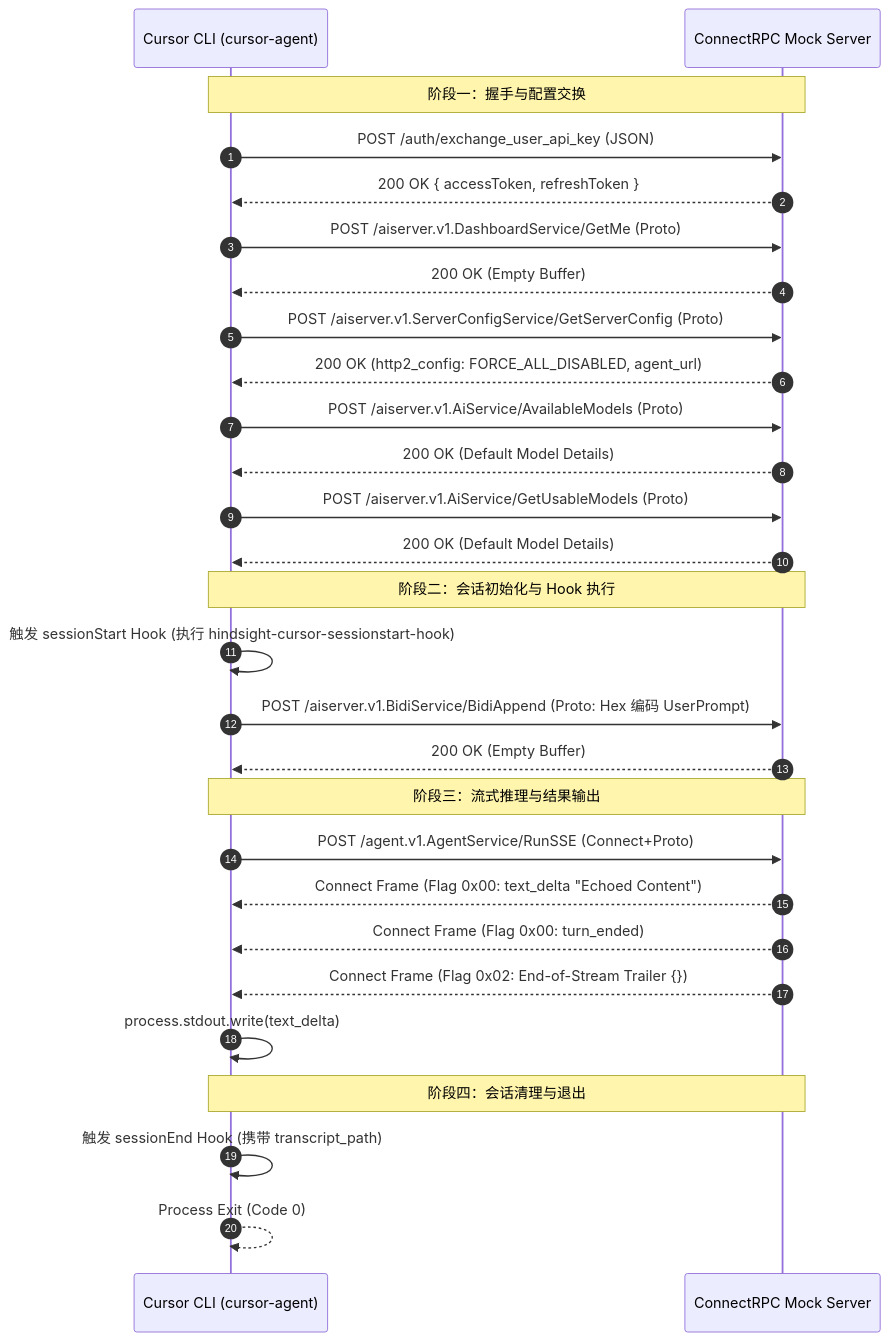
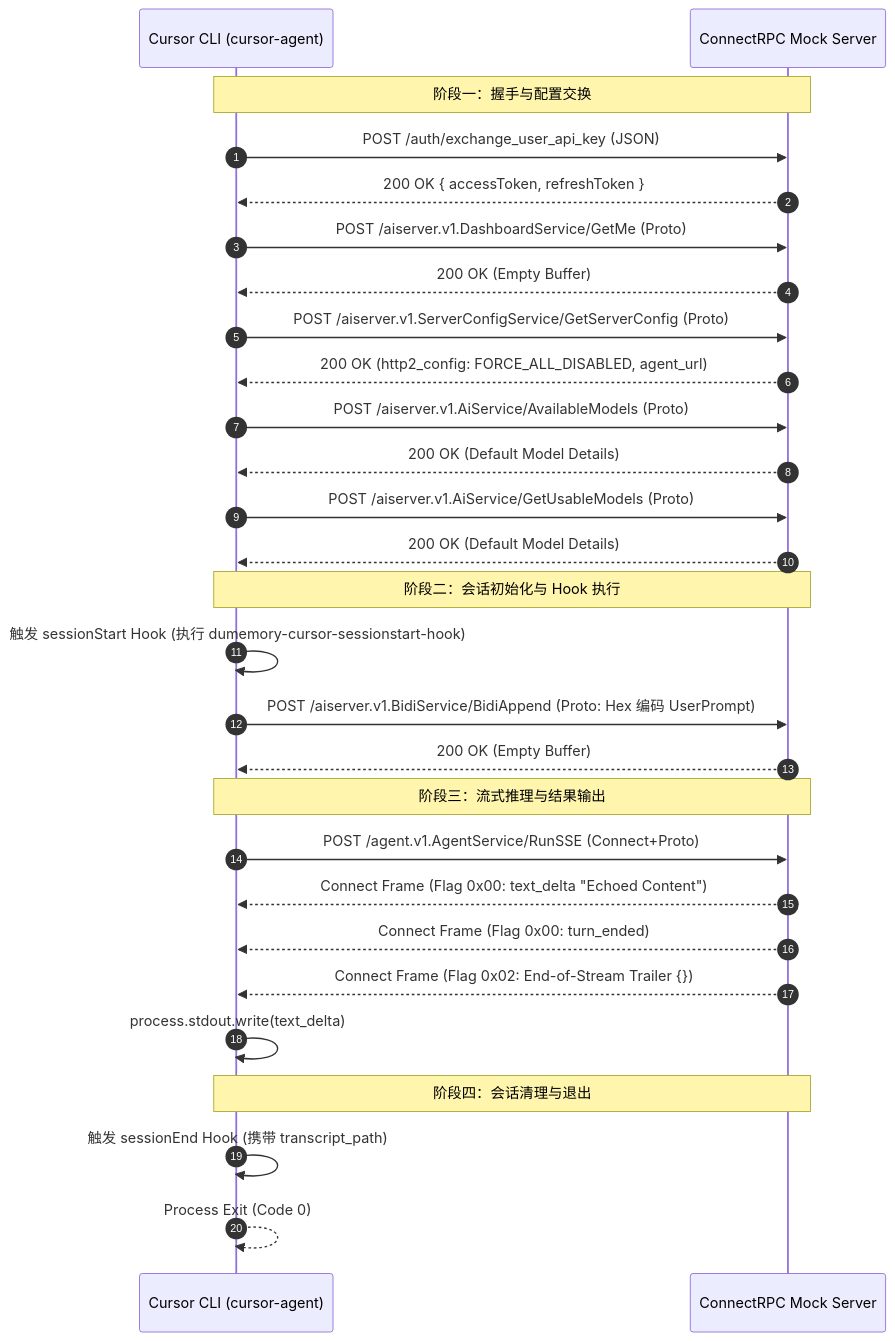
Before and after one commit to Sanderhoff-alt/hindsight: the diagram in hindsight-integrations/coding-agents-dumemory/docs/cursor_cli_e2e_feasibility_and_protocol_report.md, drawn with Mermaid. The commit also changed other lines of this file and 156 other files, not shown here.

````diff
--- a/hindsight-integrations/coding-agents-dumemory/docs/cursor_cli_e2e_feasibility_and_protocol_report.md
+++ b/hindsight-integrations/coding-agents-dumemory/docs/cursor_cli_e2e_feasibility_and_protocol_report.md
@@ -90,39 +90,39 @@
 ```mermaid
 sequenceDiagram
     autonumber
     participant CLI as Cursor CLI (cursor-agent)
     participant Mock as ConnectRPC Mock Server
 
     Note over CLI,Mock: 阶段一：握手与配置交换
     CLI->>Mock: POST /auth/exchange_user_api_key (JSON)
     Mock-->>CLI: 200 OK { accessToken, refreshToken }
 
     CLI->>Mock: POST /aiserver.v1.DashboardService/GetMe (Proto)
     Mock-->>CLI: 200 OK (Empty Buffer)
 
     CLI->>Mock: POST /aiserver.v1.ServerConfigService/GetServerConfig (Proto)
     Mock-->>CLI: 200 OK (http2_config: FORCE_ALL_DISABLED, agent_url)
 
     CLI->>Mock: POST /aiserver.v1.AiService/AvailableModels (Proto)
     Mock-->>CLI: 200 OK (Default Model Details)
 
     CLI->>Mock: POST /aiserver.v1.AiService/GetUsableModels (Proto)
     Mock-->>CLI: 200 OK (Default Model Details)
 
     Note over CLI,Mock: 阶段二：会话初始化与 Hook 执行
-    CLI->>CLI: 触发 sessionStart Hook (执行 hindsight-cursor-sessionstart-hook)
+    CLI->>CLI: 触发 sessionStart Hook (执行 dumemory-cursor-sessionstart-hook)
     CLI->>Mock: POST /aiserver.v1.BidiService/BidiAppend (Proto: Hex 编码 UserPrompt)
     Mock-->>CLI: 200 OK (Empty Buffer)
 
     Note over CLI,Mock: 阶段三：流式推理与结果输出
     CLI->>Mock: POST /agent.v1.AgentService/RunSSE (Connect+Proto)
     Mock-->>CLI: Connect Frame (Flag 0x00: text_delta "Echoed Content")
     Mock-->>CLI: Connect Frame (Flag 0x00: turn_ended)
     Mock-->>CLI: Connect Frame (Flag 0x02: End-of-Stream Trailer {})
 
     CLI->>CLI: process.stdout.write(text_delta)
 
     Note over CLI,Mock: 阶段四：会话清理与退出
     CLI->>CLI: 触发 sessionEnd Hook (携带 transcript_path)
     CLI-->>CLI: Process Exit (Code 0)
 ```
````
